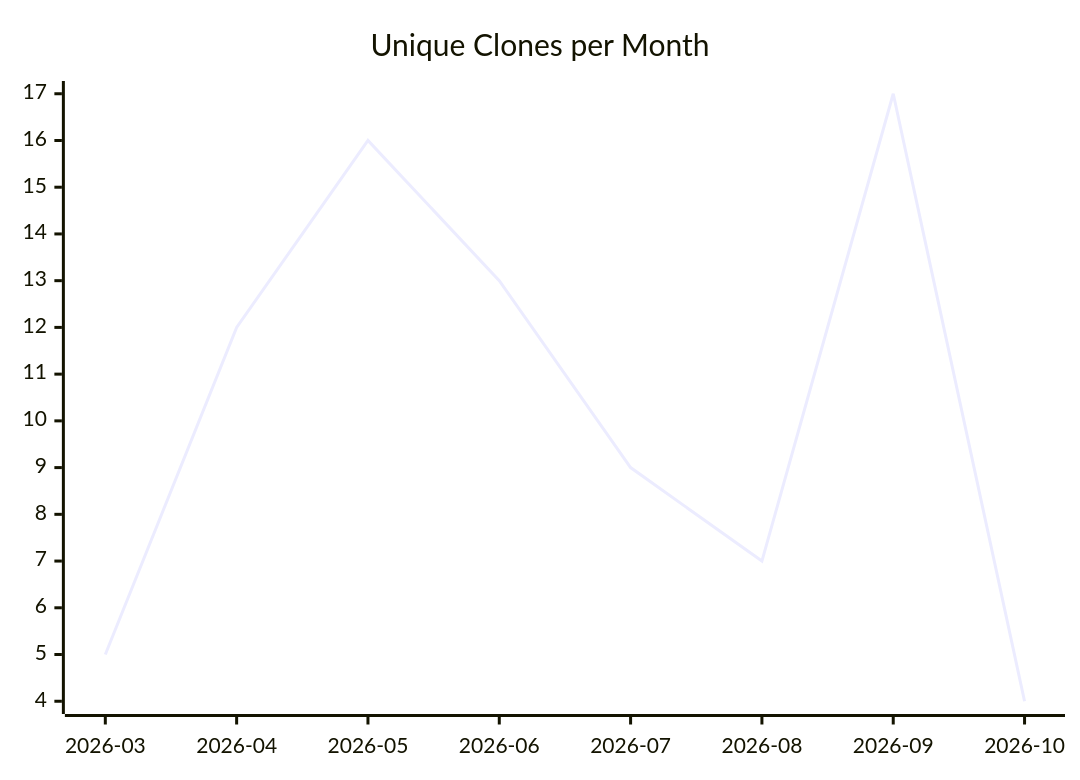
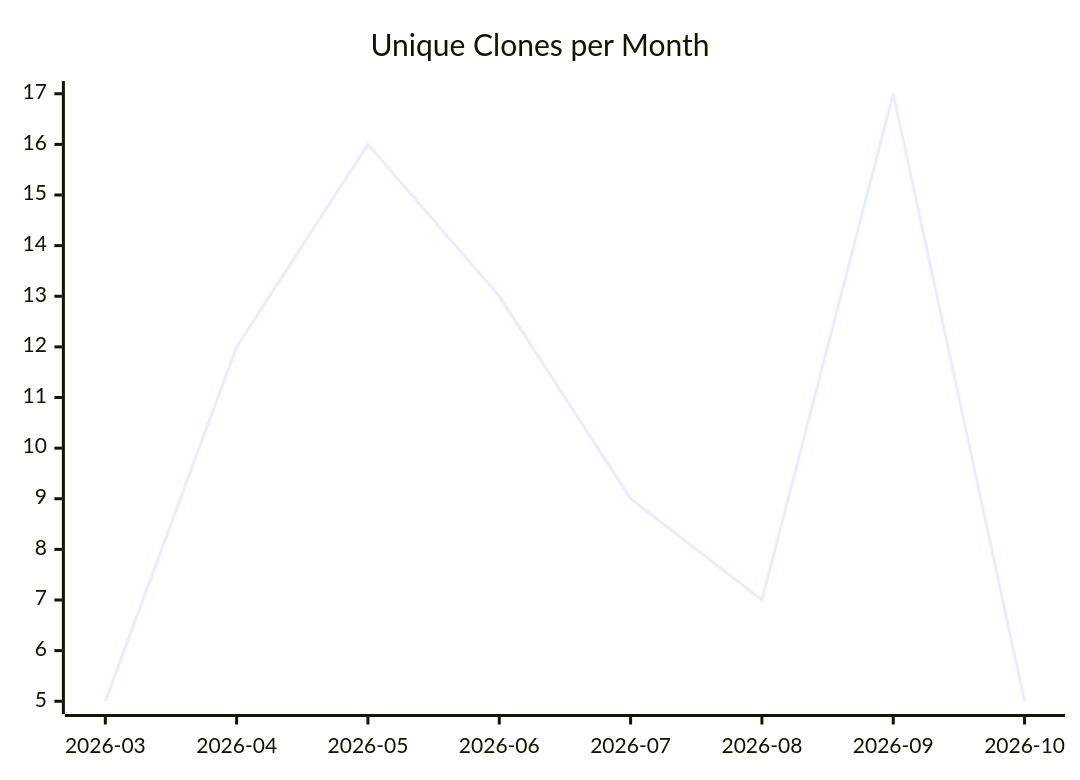
The third of 3 diagrams in karlmdavis/justdavis-karl/README.md (justdavis-family/github-analytics-data), drawn with Mermaid before and after one commit. The commit also changed other lines of this file and 201 other files, not shown here.

````diff
--- a/karlmdavis/justdavis-karl/README.md
+++ b/karlmdavis/justdavis-karl/README.md
@@ -19,6 +19,6 @@
 ```mermaid
 xychart-beta
   title "Unique Clones per Month"
   x-axis ["2026-03", "2026-04", "2026-05", "2026-06", "2026-07", "2026-08", "2026-09", "2026-10"]
-  line [5, 12, 16, 13, 9, 7, 17, 4]
+  line [5, 12, 16, 13, 9, 7, 17, 5]
 ```
````
